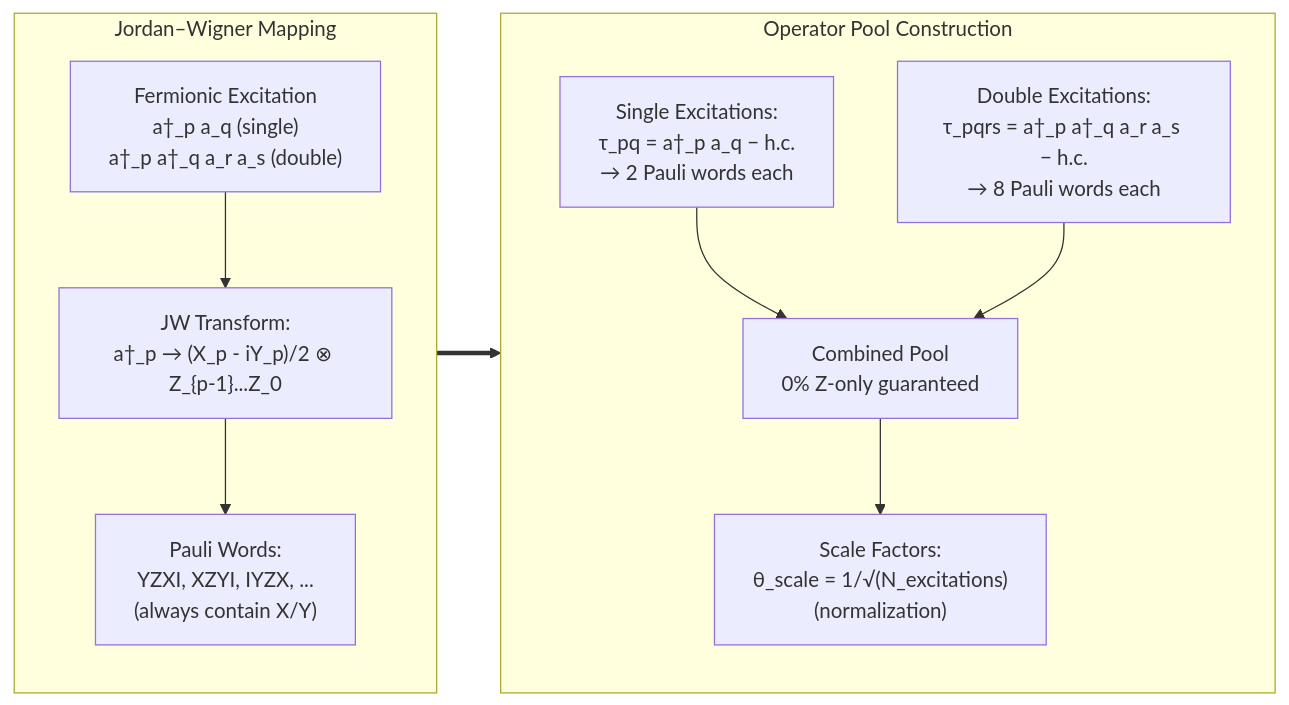
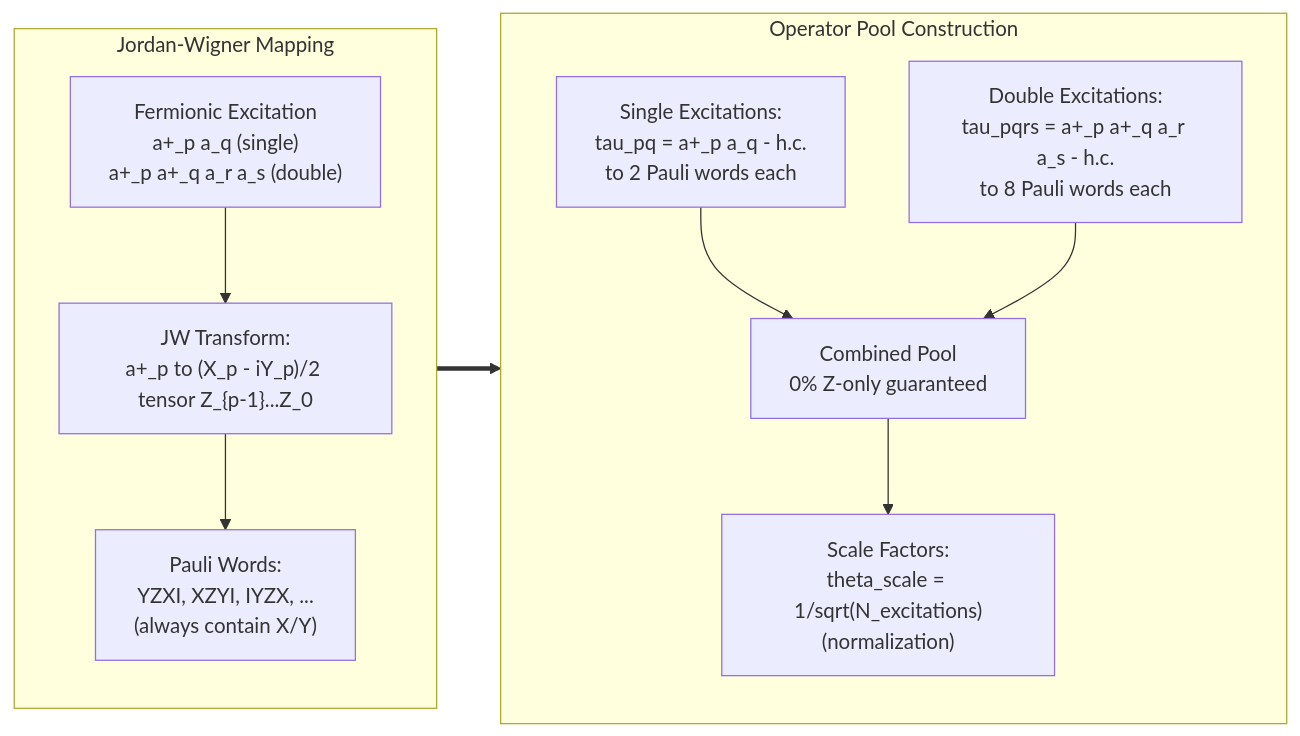
Before and after one commit to Quantum-Buddies/Conditional-GQE_materials: the sixth of 11 diagrams in README.md, drawn with Mermaid. The commit also changed other lines of this file, not shown here.

First line of the commit message:
fix: replace all Unicode with ASCII in Mermaid diagrams for GitHub rendering

````diff
--- a/README.md
+++ b/README.md
@@ -370,22 +370,22 @@
 ```mermaid
 flowchart LR
-    subgraph JW ["Jordan–Wigner Mapping"]
+    subgraph JW ["Jordan-Wigner Mapping"]
         direction TB
-        Fermion["Fermionic Excitation<br>a†_p a_q (single)<br>a†_p a†_q a_r a_s (double)"]
-        JWMap["JW Transform:<br>a†_p → (X_p - iY_p)/2 ⊗ Z_{p-1}...Z_0"]
+        Fermion["Fermionic Excitation<br>a+_p a_q (single)<br>a+_p a+_q a_r a_s (double)"]
+        JWMap["JW Transform:<br>a+_p to (X_p - iY_p)/2 tensor Z_{p-1}...Z_0"]
         Pauli["Pauli Words:<br>YZXI, XZYI, IYZX, ...<br>(always contain X/Y)"]
         Fermion --> JWMap --> Pauli
     end
 
     subgraph Pool ["Operator Pool Construction"]
         direction TB
-        Singles["Single Excitations:<br>τ_pq = a†_p a_q − h.c.<br>→ 2 Pauli words each"]
-        Doubles["Double Excitations:<br>τ_pqrs = a†_p a†_q a_r a_s − h.c.<br>→ 8 Pauli words each"]
-        Scale["Scale Factors:<br>θ_scale = 1/√(N_excitations)<br>(normalization)"]
+        Singles["Single Excitations:<br>tau_pq = a+_p a_q - h.c.<br>to 2 Pauli words each"]
+        Doubles["Double Excitations:<br>tau_pqrs = a+_p a+_q a_r a_s - h.c.<br>to 8 Pauli words each"]
+        Scale["Scale Factors:<br>theta_scale = 1/sqrt(N_excitations)<br>(normalization)"]
         Singles --> Pool2["Combined Pool<br>0% Z-only guaranteed"]
         Doubles --> Pool2
         Pool2 --> Scale
     end
 
     JW ==> Pool
 ```
````
